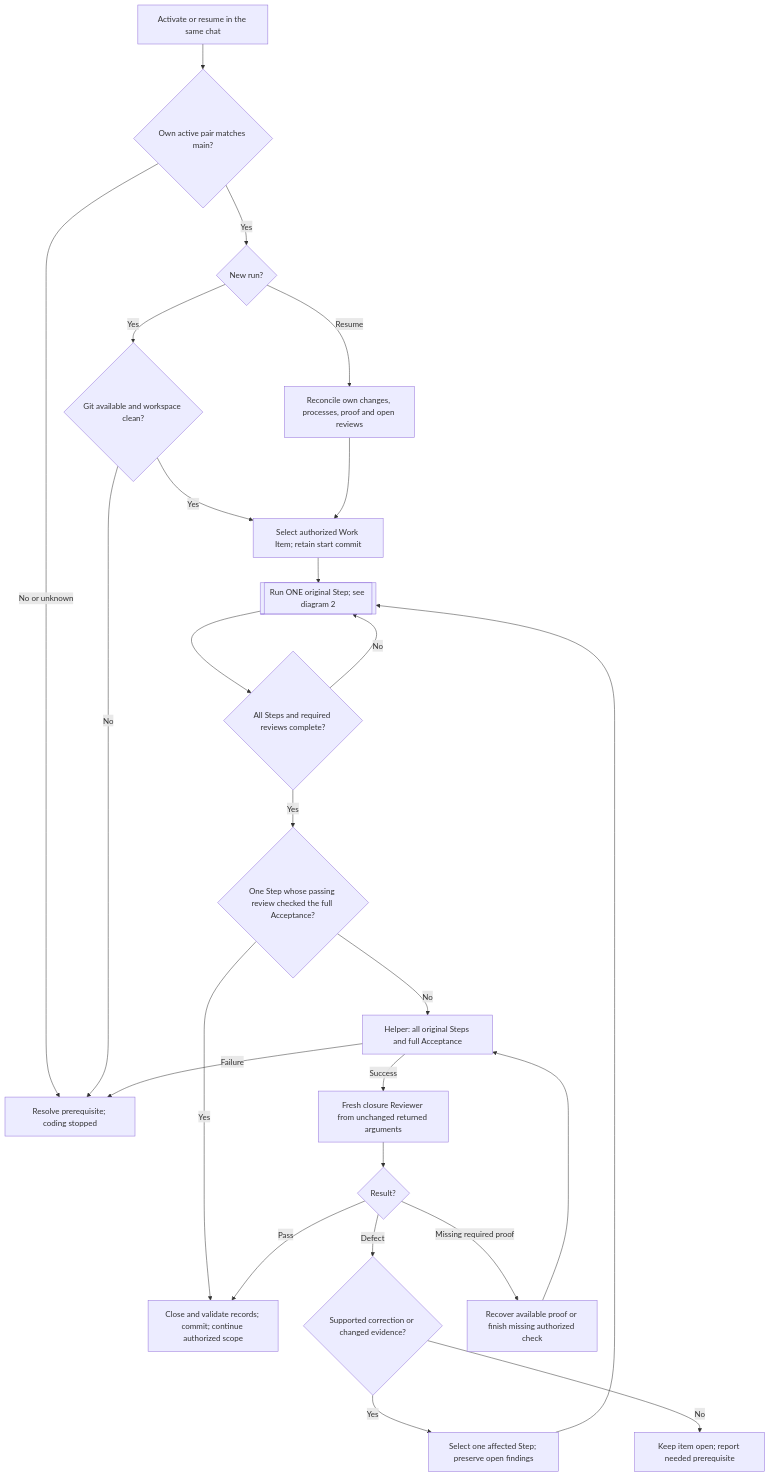
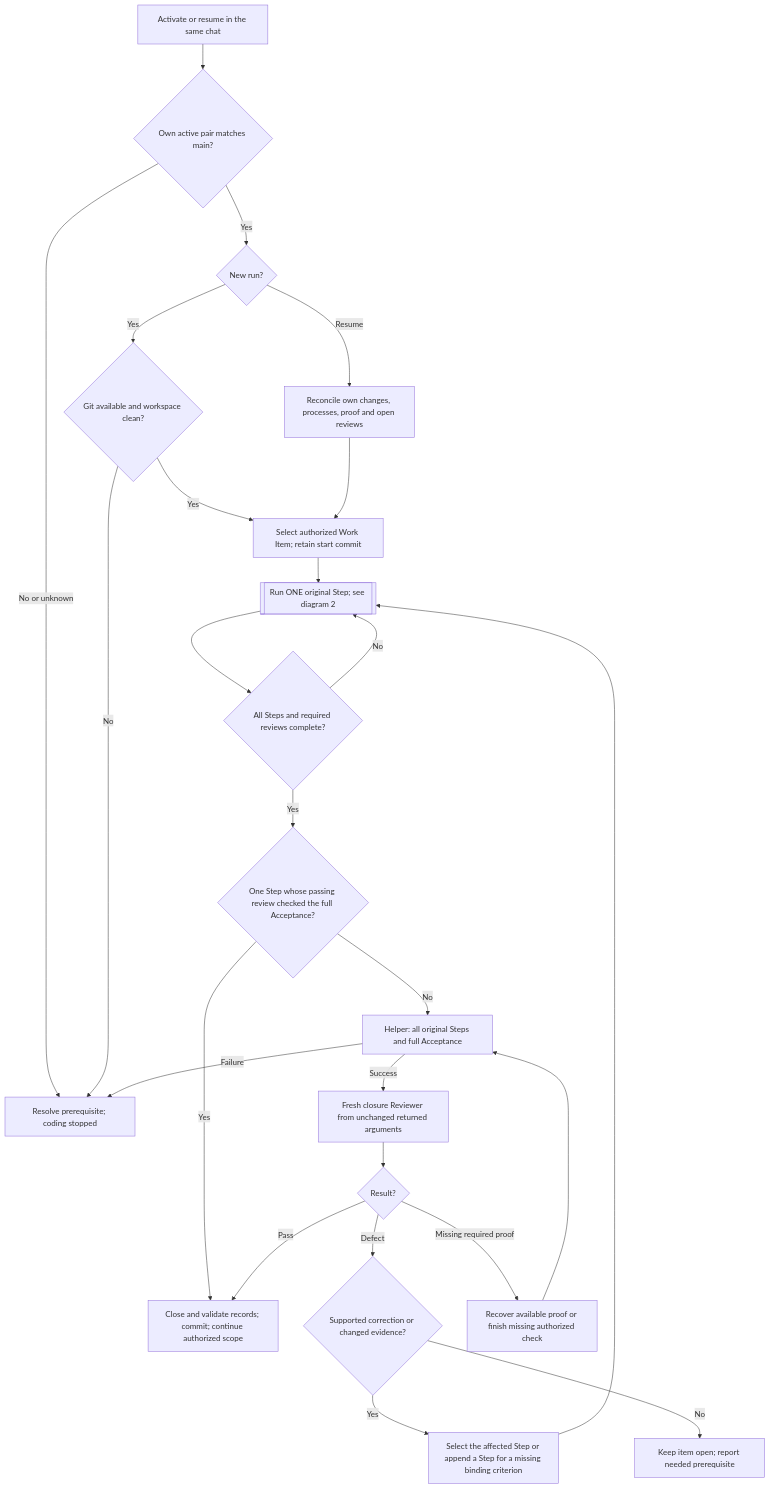
The first of 4 diagrams in README.md (benjaminstelzer/scoville-suite-for-codex-mainloop), drawn with Mermaid before and after one commit. The commit also changed other lines of this file and 208 other files, not shown here.

````diff
--- a/README.md
+++ b/README.md
@@ -56,27 +56,27 @@
 ```mermaid
 flowchart TD
   A["Activate or resume in the same chat"] --> M{"Own active pair matches main?"}
   M -->|No or unknown| B["Resolve prerequisite; coding stopped"]
   M -->|Yes| N{"New run?"}
   N -->|Yes| G{"Git available and workspace clean?"}
   G -->|No| B
   G -->|Yes| W["Select authorized Work Item; retain start commit"]
   N -->|Resume| R["Reconcile own changes, processes, proof and open reviews"]
   R --> W
   W --> S[["Run ONE original Step; see diagram 2"]]
   S --> D{"All Steps and required reviews complete?"}
   D -->|No| S
   D -->|Yes| ONE{"One Step whose passing review checked the full Acceptance?"}
   ONE -->|Yes| E
   ONE -->|No| C["Helper: all original Steps and full Acceptance"]
   C -->|Success| CR["Fresh closure Reviewer from unchanged returned arguments"]
   C -->|Failure| B
   CR --> V{"Result?"}
   V -->|Defect| nextCorrection{"Supported correction or changed evidence?"}
-  nextCorrection -->|Yes| F["Select one affected Step; preserve open findings"]
+  nextCorrection -->|Yes| F["Select the affected Step or append a Step for a missing binding criterion"]
   nextCorrection -->|No| O["Keep item open; report needed prerequisite"]
   F --> S
   V -->|Missing required proof| P["Recover available proof or finish missing authorized check"]
   P --> C
   V -->|Pass| E["Close and validate records; commit; continue authorized scope"]
 ```
````
